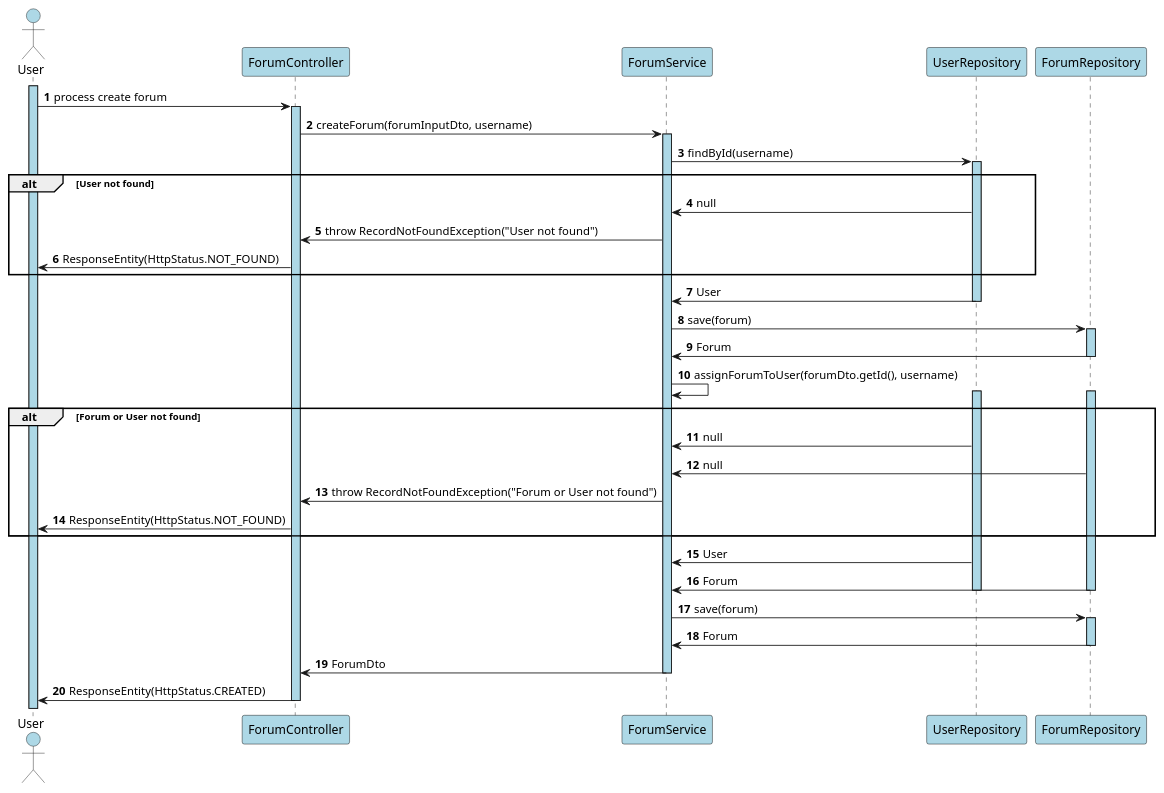
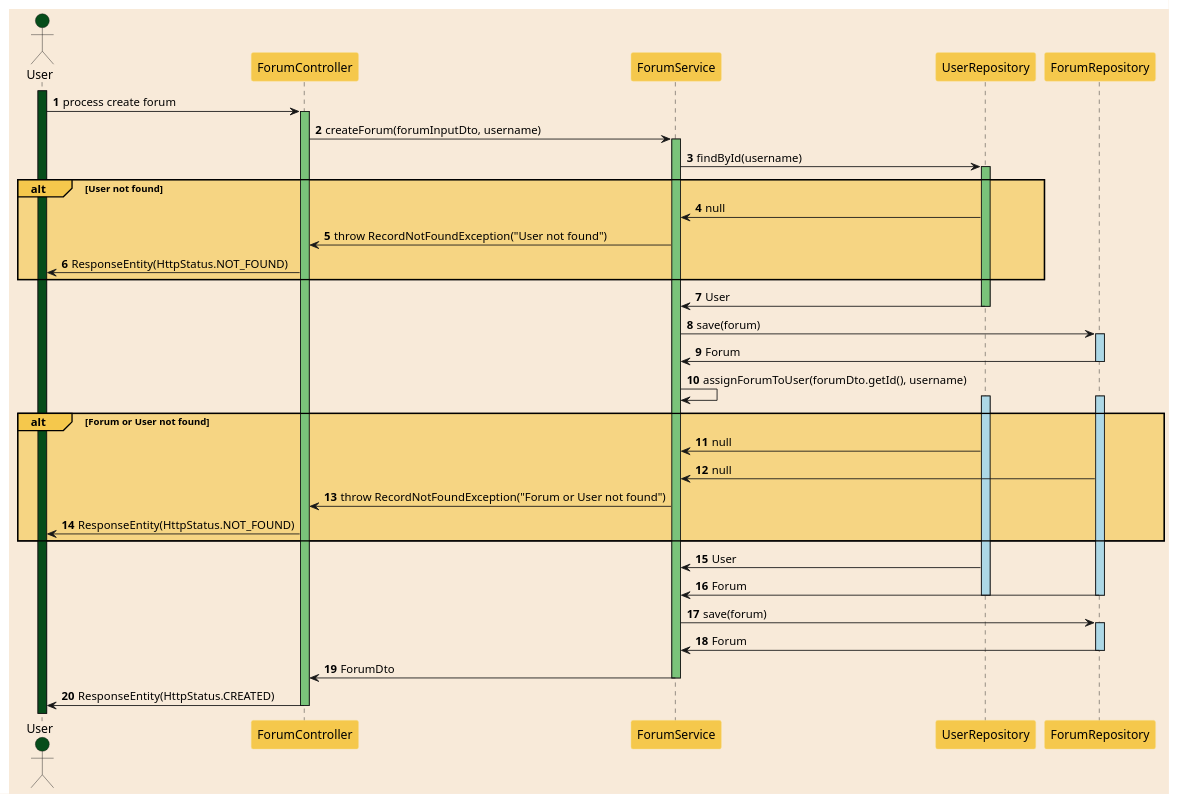
The diagram in src/main/resources/CreateForumSequenceDiagram.puml (TamaraDeBeer/Backend-AutiWomen), drawn with PlantUML before and after one commit. The commit also changed 1 other file, not shown here.

Commit message:
styling van sequentiediagrammen aangepast

```diff
--- a/src/main/resources/CreateForumSequenceDiagram.puml
+++ b/src/main/resources/CreateForumSequenceDiagram.puml
@@ -1,65 +1,70 @@
 @startuml
 'https://plantuml.com/sequence-diagram
 
 autonumber
 
 skinparam sequence {
-    ParticipantBackgroundColor #lightblue
-    ParticipantBorderColor #000000
+    ParticipantBackgroundColor #F5C84C
+    ParticipantBorderColor #F7E19A
 }
 
-actor User #lightblue
-activate User #lightblue
+skinparam {
+    BackgroundColor #F8EAD9
+    BorderColor #F8EAD9
+}
+
+actor User #064D1A
+activate User #064D1A
 
 User -> ForumController : process create forum
-activate ForumController #lightblue
+activate ForumController #7AC37A
 
 ForumController -> ForumService : createForum(forumInputDto, username)
-activate ForumService #lightblue
+activate ForumService #7AC37A
 
 ForumService -> UserRepository : findById(username)
-activate UserRepository #lightblue
+activate UserRepository #7AC37A
 
-alt User not found
+alt#F5C84C #F5C84C99 User not found
     UserRepository -> ForumService : null
     ForumService -> ForumController : throw RecordNotFoundException("User not found")
     ForumController -> User : ResponseEntity(HttpStatus.NOT_FOUND)
 end
 
 UserRepository -> ForumService : User
 deactivate UserRepository
 
 ForumService -> ForumRepository : save(forum)
 activate ForumRepository #lightblue
 
 ForumRepository -> ForumService : Forum
 deactivate ForumRepository
 
 ForumService -> ForumService : assignForumToUser(forumDto.getId(), username)
 activate UserRepository #lightblue
 activate ForumRepository #lightblue
 
-alt Forum or User not found
+alt#F5C84C #F5C84C99 Forum or User not found
     UserRepository -> ForumService : null
     ForumRepository -> ForumService : null
     ForumService -> ForumController : throw RecordNotFoundException("Forum or User not found")
     ForumController -> User : ResponseEntity(HttpStatus.NOT_FOUND)
 end
 
 UserRepository -> ForumService : User
 ForumRepository -> ForumService : Forum
 deactivate UserRepository
 deactivate ForumRepository
 
 ForumService -> ForumRepository : save(forum)
 activate ForumRepository #lightblue
 ForumRepository -> ForumService : Forum
 deactivate ForumRepository
 
 ForumService -> ForumController : ForumDto
 deactivate ForumService
 
 ForumController -> User : ResponseEntity(HttpStatus.CREATED)
 deactivate ForumController
 
 @enduml
```
